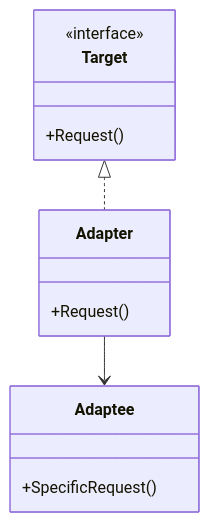
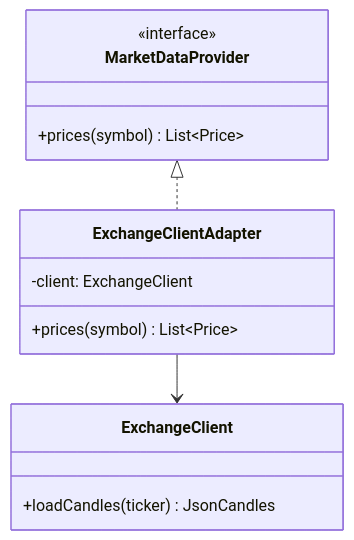
One commit to Kert0n/KPO changed the third of 16 diagrams in lectures/Lec6/vitepress.md. Above: the diagram before and after it, drawn with Mermaid. The commit also changed other lines of this file and 9 other files, not shown here.

````diff
--- a/lectures/Lec6/vitepress.md
+++ b/lectures/Lec6/vitepress.md
@@ -61,15 +98,17 @@
 ```mermaid
 classDiagram
-    class Target {
-        <<interface>>
-        +Request()
-    }
-    class Adapter {
-        +Request()
-    }
-    class Adaptee {
-        +SpecificRequest()
-    }
-    Target <|.. Adapter
-    Adapter --> Adaptee
+  class MarketDataProvider {
+    <<interface>>
+    +prices(symbol) List~Price~
+  }
+  class ExchangeClient {
+    +loadCandles(ticker) JsonCandles
+  }
+  class ExchangeClientAdapter {
+    -client: ExchangeClient
+    +prices(symbol) List~Price~
+  }
+
+  MarketDataProvider <|.. ExchangeClientAdapter
+  ExchangeClientAdapter --> ExchangeClient
 ```
````
